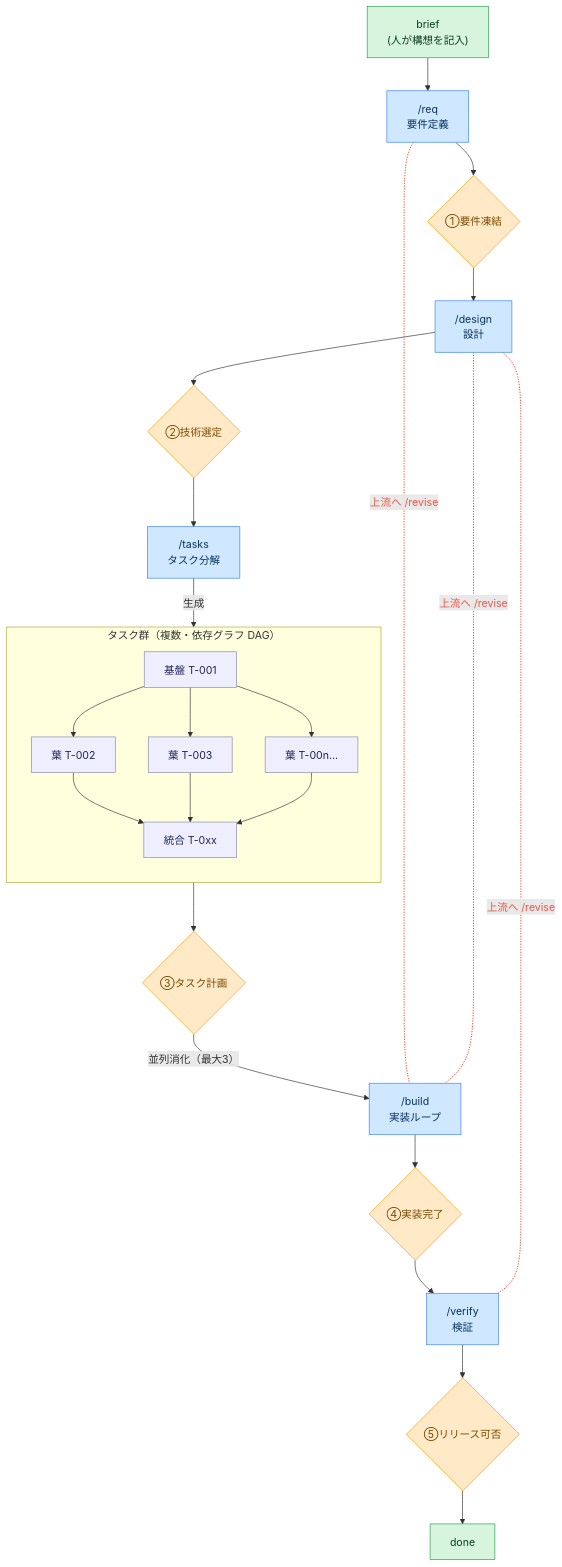
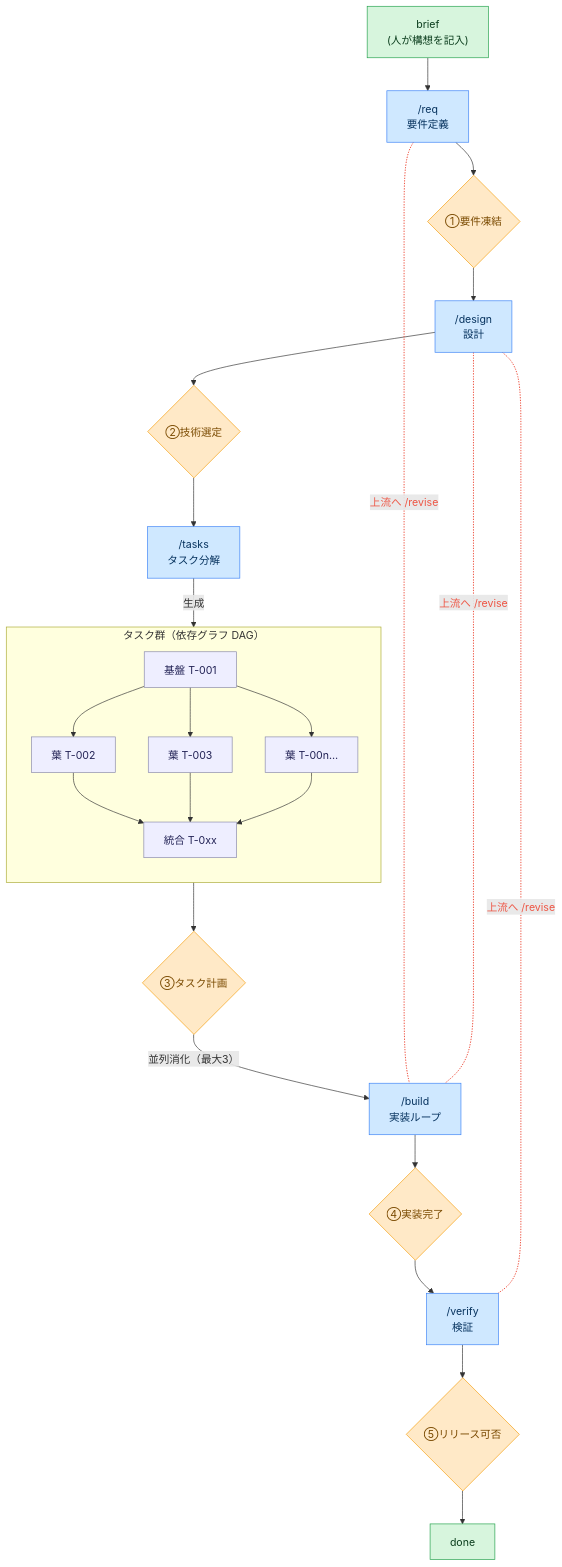
One commit to komoroko/AgentLoopTemplate changed the diagram in README.ja.md. Above: the diagram before and after it, drawn with Mermaid. The commit also changed other lines of this file and 1 other file, not shown here.

````diff
--- a/README.ja.md
+++ b/README.ja.md
@@ -14,46 +15,46 @@
 ```mermaid
 flowchart TD
     brief["brief<br/>(人が構想を記入)"]:::human
     req["/req<br/>要件定義"]:::agent
     g1{"①要件凍結"}:::gate
     design["/design<br/>設計"]:::agent
     g2{"②技術選定"}:::gate
     tasks["/tasks<br/>タスク分解"]:::agent
     g3{"③タスク計画"}:::gate
     build["/build<br/>実装ループ"]:::agent
     g4{"④実装完了"}:::gate
     verify["/verify<br/>検証"]:::agent
     g5{"⑤リリース可否"}:::gate
     done["done"]:::human
 
-    subgraph TASKS["タスク群（複数・依存グラフ DAG）"]
+    subgraph TASKS["タスク群（依存グラフ DAG）"]
         direction TD
         T1["基盤 T-001"]:::task
         T2["葉 T-002"]:::task
         T3["葉 T-003"]:::task
         Tn["葉 T-00n…"]:::task
         TI["統合 T-0xx"]:::task
         T1 --> T2
         T1 --> T3
         T1 --> Tn
         T2 --> TI
         T3 --> TI
         Tn --> TI
     end
 
     brief --> req --> g1 --> design --> g2 --> tasks
     tasks -->|生成| T1
     TI --> g3
     g3 -->|"並列消化（最大3）"| build
     build --> g4 --> verify --> g5 --> done
 
     req -. 上流へ /revise .- build
     design -. 上流へ /revise .- build
     design -. 上流へ /revise .- verify
 
     classDef agent fill:#cfe8ff,stroke:#3b82f6,color:#06325e;
     classDef gate fill:#ffe9c7,stroke:#f59e0b,color:#7a4a00;
     classDef human fill:#d7f5dd,stroke:#22a04b,color:#0b3d1d;
     classDef task fill:#eeeeff,stroke:#8888aa,color:#222255;
     linkStyle 18,19,20 stroke:#ee5544,color:#ee5544,stroke-width:1.5px;
 ```
````
